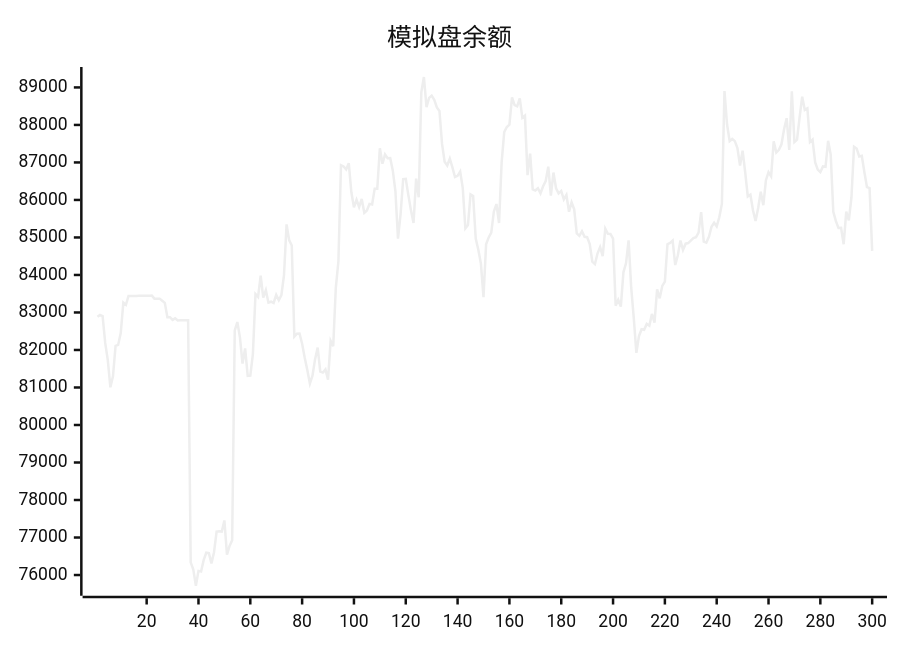
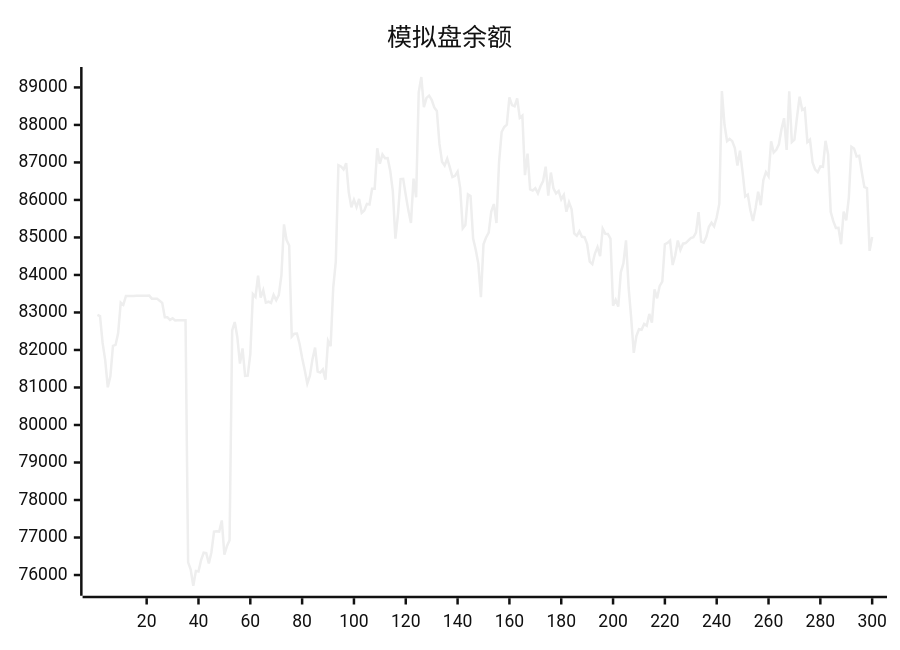
One commit to aahl/ai-trading changed the diagram in README.md. Above: the diagram before and after it, drawn with Mermaid (neutral theme). The commit also changed other lines of this file and 1 other file, not shown here.

````diff
--- a/README.md
+++ b/README.md
@@ -5,5 +5,5 @@
 ```mermaid
 xychart
     title "模拟盘余额"
-    line [82883,82934,82901,82188,81728,81005,81298,82110,82135,82449,83264,83203,83440,83439,83440,83440,83446,83447,83448,83447,83448,83449,83369,83369,83369,83313,83256,82872,82873,82801,82844,82785,82791,82791,82793,82794,76339,76145,75714,76110,76096,76397,76594,76585,76310,76607,77160,77170,77160,77456,76541,76774,76927,82520,82744,82337,81639,82040,81307,81314,81887,83490,83414,83984,83396,83594,83261,83287,83253,83470,83327,83465,83987,85348,84930,84786,82355,82433,82438,82167,81795,81466,81105,81315,81756,82064,81426,81398,81481,81210,82242,82099,83658,84359,86925,86892,86814,86980,86203,85802,86003,85811,86028,85657,85721,85896,85880,86300,86299,87378,86965,87214,87115,87118,86780,86238,84966,85623,86555,86562,86129,85722,85387,86569,86070,88870,89278,88477,88720,88781,88668,88467,88372,87493,87018,86917,87102,86870,86613,86644,86758,86317,85242,85334,86149,86106,84968,84671,84302,83410,84816,85001,85127,85693,85891,85384,87001,87811,87945,88007,88734,88528,88495,88705,88189,88248,86662,87234,86279,86251,86314,86177,86364,86503,86886,86114,86731,86310,86176,86240,86017,86136,85685,85938,85749,85111,85044,85164,85016,85008,84824,84354,84287,84572,84745,84500,85234,85096,85095,84970,83180,83338,83157,84070,84309,84922,83667,82850,81924,82369,82552,82539,82695,82648,82962,82728,83619,83378,83710,83825,84819,84854,84917,84265,84527,84919,84668,84834,84850,84916,84981,85004,85131,85674,84891,84864,85019,85284,85393,85294,85538,85894,88904,88012,87567,87625,87568,87386,86920,87313,86737,86094,86143,85725,85437,85787,86219,85859,86526,86740,86630,87563,87264,87335,87483,87886,88180,87335,88894,87544,87608,88207,88755,88401,88444,87543,87608,87000,86810,86740,86894,86884,87576,87209,85686,85435,85251,85255,84820,85689,85453,86066,87420,87373,87161,87178,86740,86341,86315,84643]
+    line [82934,82901,82188,81728,81005,81298,82110,82135,82449,83264,83203,83440,83439,83440,83440,83446,83447,83448,83447,83448,83449,83369,83369,83369,83313,83256,82872,82873,82801,82844,82785,82791,82791,82793,82794,76339,76145,75714,76110,76096,76397,76594,76585,76310,76607,77160,77170,77160,77456,76541,76774,76927,82520,82744,82337,81639,82040,81307,81314,81887,83490,83414,83984,83396,83594,83261,83287,83253,83470,83327,83465,83987,85348,84930,84786,82355,82433,82438,82167,81795,81466,81105,81315,81756,82064,81426,81398,81481,81210,82242,82099,83658,84359,86925,86892,86814,86980,86203,85802,86003,85811,86028,85657,85721,85896,85880,86300,86299,87378,86965,87214,87115,87118,86780,86238,84966,85623,86555,86562,86129,85722,85387,86569,86070,88870,89278,88477,88720,88781,88668,88467,88372,87493,87018,86917,87102,86870,86613,86644,86758,86317,85242,85334,86149,86106,84968,84671,84302,83410,84816,85001,85127,85693,85891,85384,87001,87811,87945,88007,88734,88528,88495,88705,88189,88248,86662,87234,86279,86251,86314,86177,86364,86503,86886,86114,86731,86310,86176,86240,86017,86136,85685,85938,85749,85111,85044,85164,85016,85008,84824,84354,84287,84572,84745,84500,85234,85096,85095,84970,83180,83338,83157,84070,84309,84922,83667,82850,81924,82369,82552,82539,82695,82648,82962,82728,83619,83378,83710,83825,84819,84854,84917,84265,84527,84919,84668,84834,84850,84916,84981,85004,85131,85674,84891,84864,85019,85284,85393,85294,85538,85894,88904,88012,87567,87625,87568,87386,86920,87313,86737,86094,86143,85725,85437,85787,86219,85859,86526,86740,86630,87563,87264,87335,87483,87886,88180,87335,88894,87544,87608,88207,88755,88401,88444,87543,87608,87000,86810,86740,86894,86884,87576,87209,85686,85435,85251,85255,84820,85689,85453,86066,87420,87373,87161,87178,86740,86341,86315,84643,85012]
 ```
````
